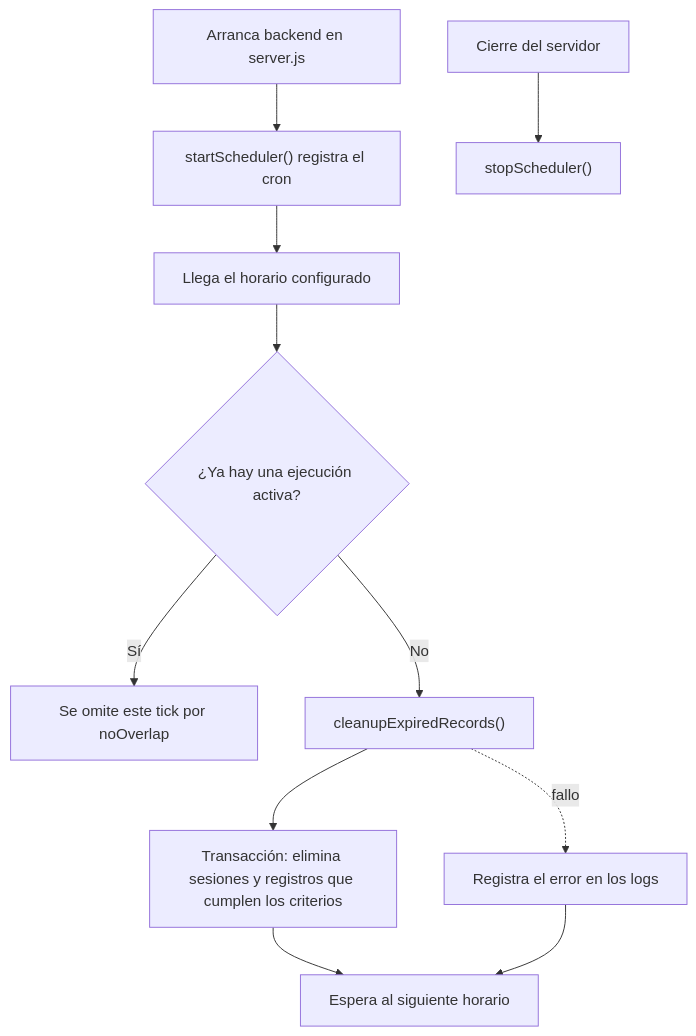
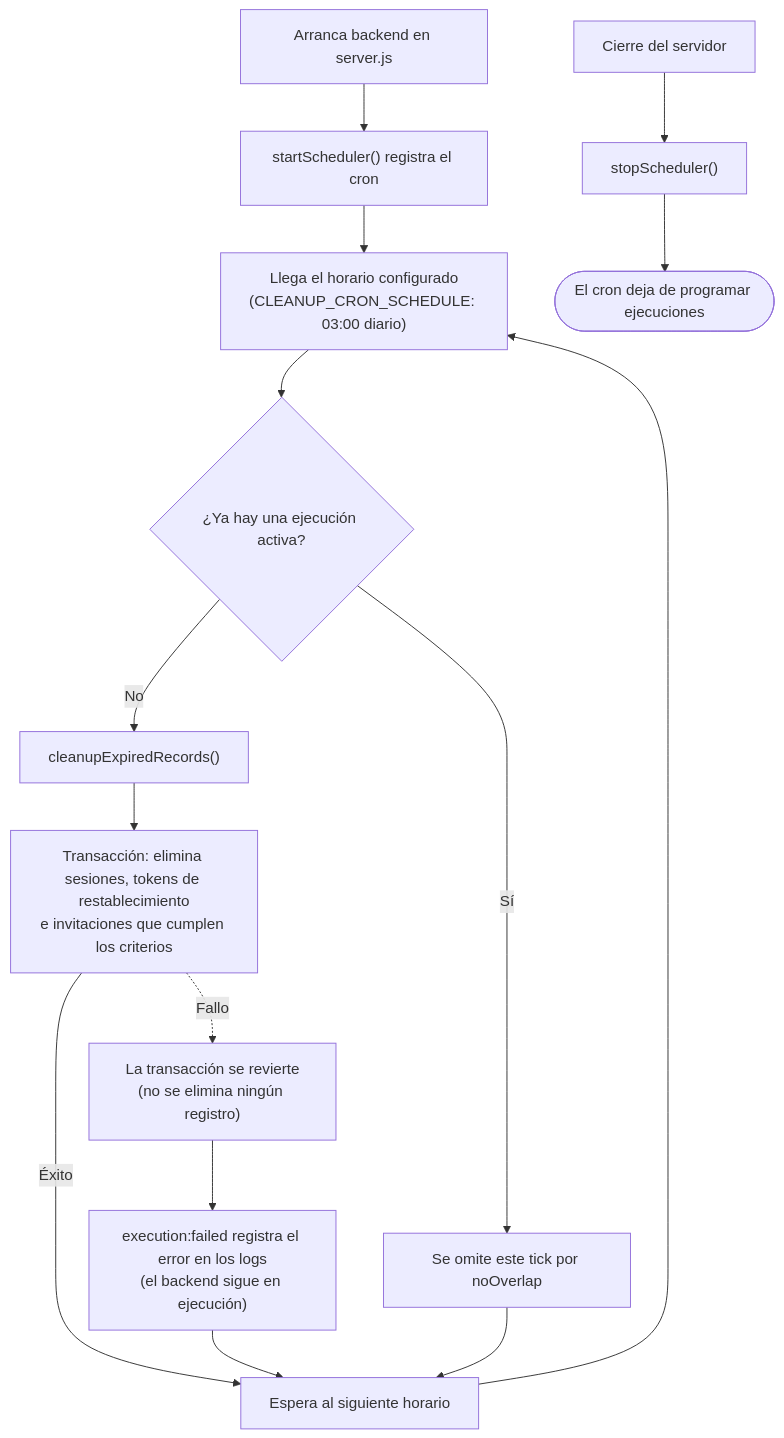
The diagram in docs/09-scheduler-limpieza.md (santi-rdz/cais-uabc), drawn with Mermaid before and after one commit.

Commit message:
chore: Detallar el diagrama de ciclo de vida

````diff
--- a/docs/09-scheduler-limpieza.md
+++ b/docs/09-scheduler-limpieza.md
@@ -36,13 +36,18 @@
 ```mermaid
 flowchart TD
     A["Arranca backend en server.js"] --> B["startScheduler() registra el cron"]
-    B --> C["Llega el horario configurado"]
+    B --> C["Llega el horario configurado<br/>(CLEANUP_CRON_SCHEDULE: 03:00 diario)"]
     C --> D{"¿Ya hay una ejecución activa?"}
     D -->|Sí| E["Se omite este tick por noOverlap"]
     D -->|No| F["cleanupExpiredRecords()"]
-    F --> G["Transacción: elimina sesiones y registros que cumplen los criterios"]
-    G --> H["Espera al siguiente horario"]
-    F -. "fallo" .-> I["Registra el error en los logs"]
-    I --> H
+    F --> G["Transacción: elimina sesiones, tokens de restablecimiento<br/>e invitaciones que cumplen los criterios"]
+    G -->|Éxito| H["Espera al siguiente horario"]
+    G -. "Fallo" .-> I["La transacción se revierte<br/>(no se elimina ningún registro)"]
+    I --> I2["execution:failed registra el error en los logs<br/>(el backend sigue en ejecución)"]
+    I2 --> H
+    E --> H
+    H --> C
+
     J["Cierre del servidor"] --> K["stopScheduler()"]
+    K --> L(["El cron deja de programar ejecuciones"])
 ```
````
